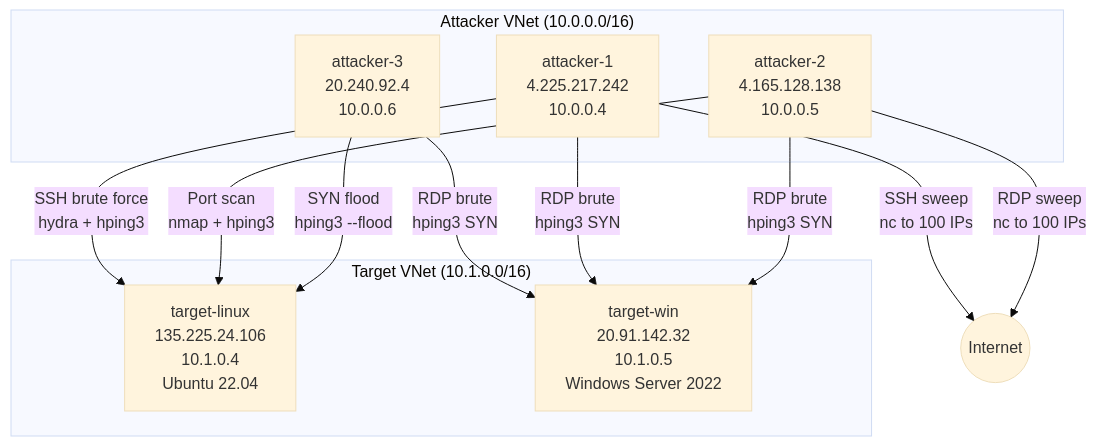
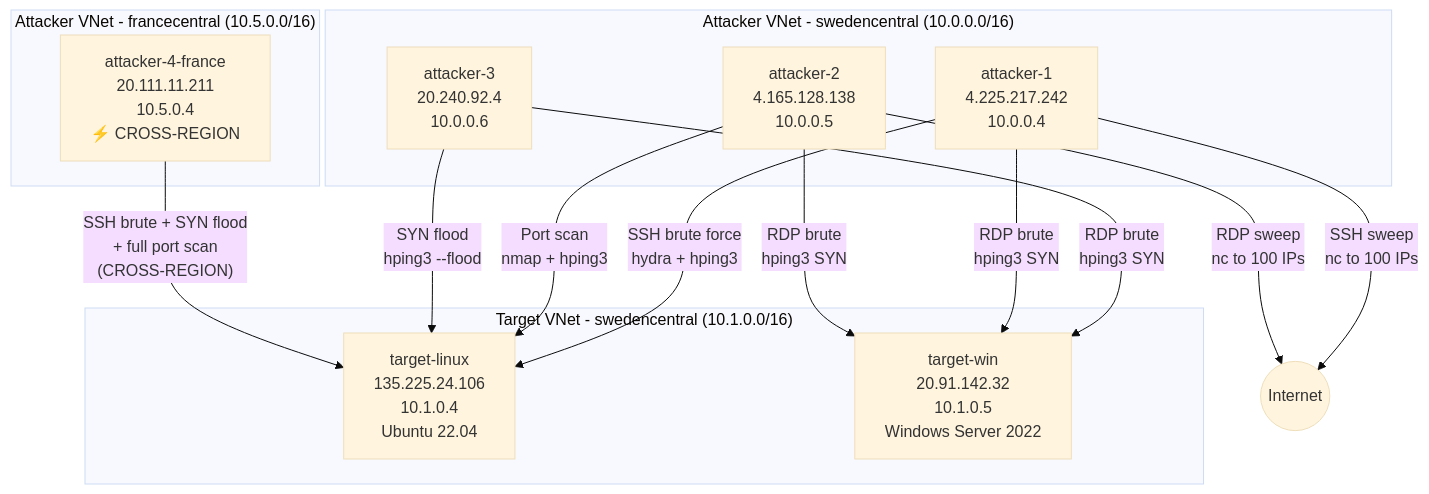
One commit to erjosito/defender-network-alerts-lab changed the diagram in README.md. Above: the diagram before and after it, drawn with Mermaid (base theme). The commit also changed other lines of this file and 2 other files, not shown here.

First line of the commit message:
Add cross-region validation experiment (francecentral -> swedencentral)

````diff
--- a/README.md
+++ b/README.md
@@ -20,22 +20,27 @@
 ```mermaid
 graph TB
-    subgraph "Attacker VNet (10.0.0.0/16)"
+    subgraph "Attacker VNet - swedencentral (10.0.0.0/16)"
         A1["attacker-1<br/>4.225.217.242<br/>10.0.0.4"]
         A2["attacker-2<br/>4.165.128.138<br/>10.0.0.5"]
         A3["attacker-3<br/>20.240.92.4<br/>10.0.0.6"]
     end
+
+    subgraph "Attacker VNet - francecentral (10.5.0.0/16)"
+        A4["attacker-4-france<br/>20.111.11.211<br/>10.5.0.4<br/>⚡ CROSS-REGION"]
+    end
     
-    subgraph "Target VNet (10.1.0.0/16)"
+    subgraph "Target VNet - swedencentral (10.1.0.0/16)"
         TL["target-linux<br/>135.225.24.106<br/>10.1.0.4<br/>Ubuntu 22.04"]
         TW["target-win<br/>20.91.142.32<br/>10.1.0.5<br/>Windows Server 2022"]
     end
     
     A1 -->|"SSH brute force<br/>hydra + hping3"| TL
     A2 -->|"Port scan<br/>nmap + hping3"| TL
     A3 -->|"SYN flood<br/>hping3 --flood"| TL
+    A4 -->|"SSH brute + SYN flood<br/>+ full port scan<br/>(CROSS-REGION)"| TL
     A1 -->|"SSH sweep<br/>nc to 100 IPs"| Internet((Internet))
     A2 -->|"RDP sweep<br/>nc to 100 IPs"| Internet
     A3 -->|"RDP brute<br/>hping3 SYN"| TW
     A1 -->|"RDP brute<br/>hping3 SYN"| TW
     A2 -->|"RDP brute<br/>hping3 SYN"| TW
 ```
````
